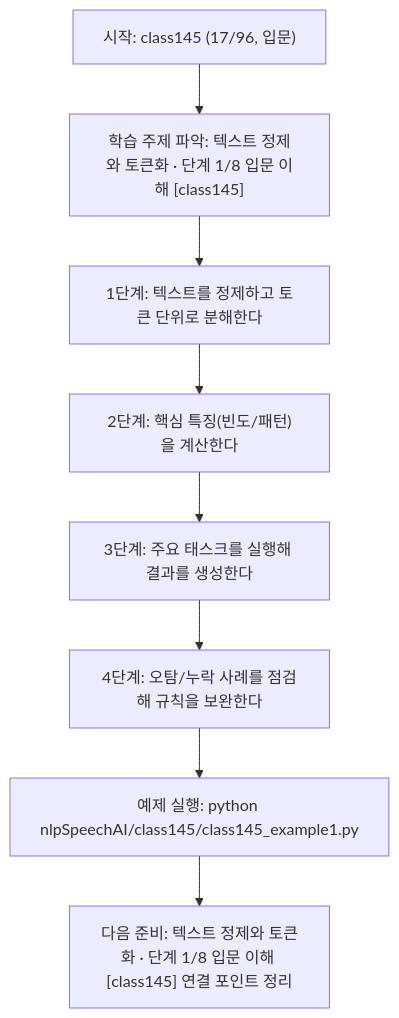
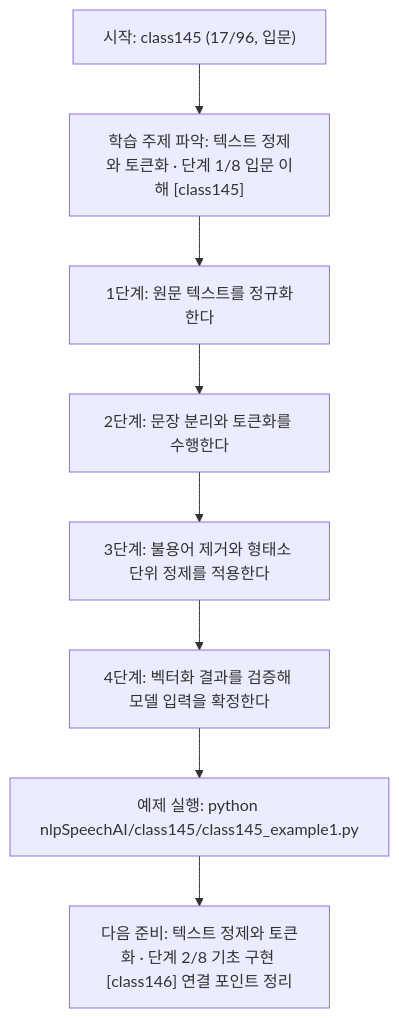
One commit to edumgt/Python-AI_Agent-Class changed the diagram in nlpSpeechAI/class145/class145.md. Above: the diagram before and after it, drawn with Mermaid. The commit also changed other lines of this file and 1122 other files, not shown here.

````diff
--- a/nlpSpeechAI/class145/class145.md
+++ b/nlpSpeechAI/class145/class145.md
@@ -114,18 +95,18 @@
 ```mermaid
 flowchart TD
 N1["시작: class145 (17/96, 입문)"]
 N2["학습 주제 파악: 텍스트 정제와 토큰화 · 단계 1/8 입문 이해 [class145]"]
-N3["1단계: 텍스트를 정제하고 토큰 단위로 분해한다"]
-N4["2단계: 핵심 특징(빈도/패턴)을 계산한다"]
-N5["3단계: 주요 태스크를 실행해 결과를 생성한다"]
-N6["4단계: 오탐/누락 사례를 점검해 규칙을 보완한다"]
+N3["1단계: 원문 텍스트를 정규화한다"]
+N4["2단계: 문장 분리와 토큰화를 수행한다"]
+N5["3단계: 불용어 제거와 형태소 단위 정제를 적용한다"]
+N6["4단계: 벡터화 결과를 검증해 모델 입력을 확정한다"]
 N7["예제 실행: python nlpSpeechAI/class145/class145_example1.py"]
-N8["다음 준비: 텍스트 정제와 토큰화 · 단계 1/8 입문 이해 [class145] 연결 포인트 정리"]
+N8["다음 준비: 텍스트 정제와 토큰화 · 단계 2/8 기초 구현 [class146] 연결 포인트 정리"]
 N1 --> N2
 N2 --> N3
 N3 --> N4
 N4 --> N5
 N5 --> N6
 N6 --> N7
 N7 --> N8
 ```
````
